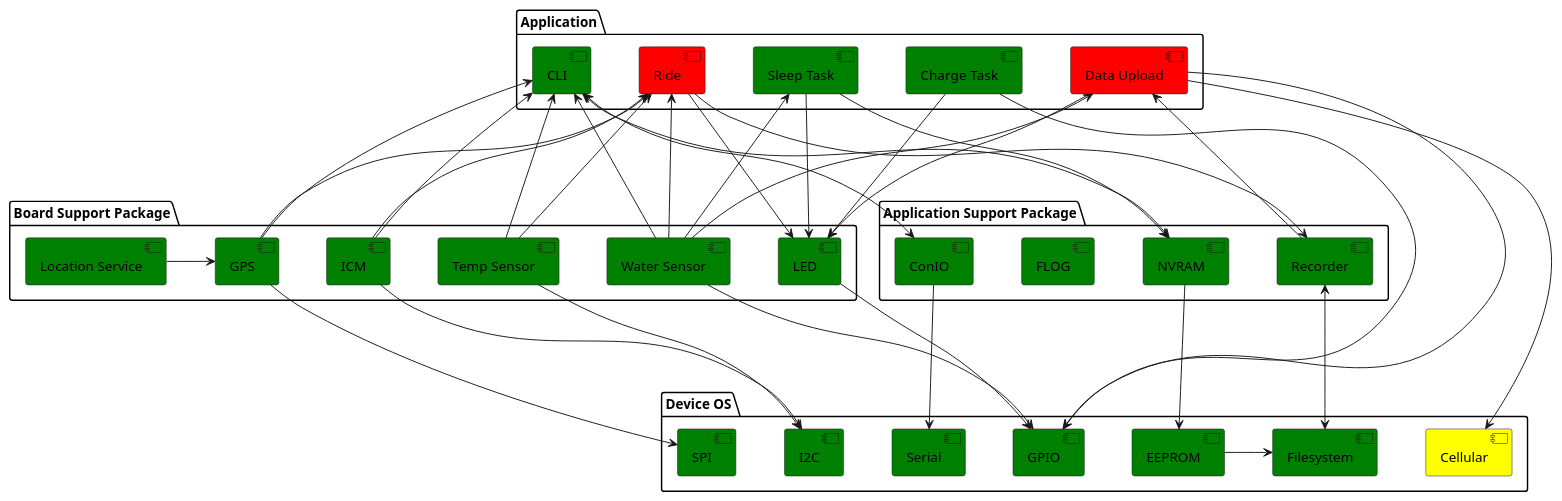
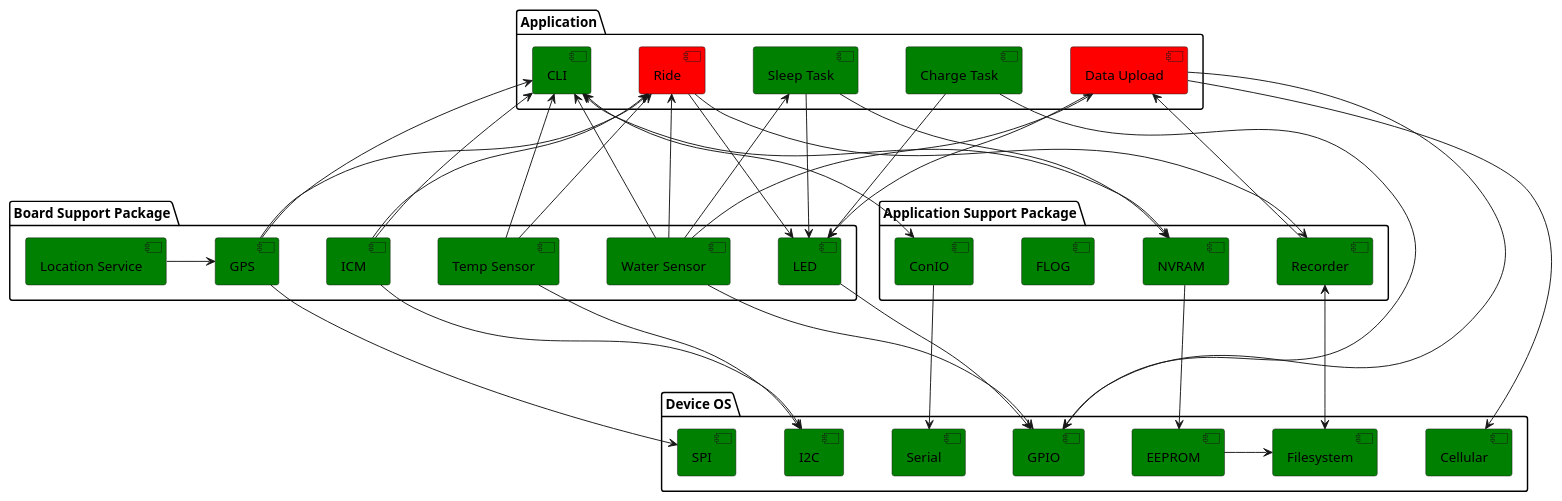
Before and after one commit to UCSD-E4E/smartfin-fw3: the diagram in docs/application.puml, drawn with PlantUML.

Commit message:
docs: Updates Cellular status

```diff
--- a/docs/application.puml
+++ b/docs/application.puml
@@ -4,87 +4,87 @@
 @startuml Service Diagram
 top to bottom direction
 
 skinparam nodesep 50
 skinparam ranksep 150
 
 package "Device OS" {
-    [Cellular] as cellular #Yellow
+    [Cellular] as cellular #Green
     [I2C] as i2c #Green
     [Serial] as serial #Green
     [Filesystem] as fs #Green
     [SPI] as spi #Green
     [GPIO] as gpio #Green
     [EEPROM] as eeprom #Green
 }
 
 
 package "Application" {
     [CLI] as cli #Green
     [Ride] as ride #Red
     [Charge Task] as charge_task #Green
     [Sleep Task] as sleep_task #Green
     [Data Upload] as upload #Red
 }
 
 package "Board Support Package" {
     [Temp Sensor] as temp_sensor #Green
     [Water Sensor] as water_sensor #Green
     [Location Service] as loc_service #Green
     [GPS] as gps #Green
     [LED] as led #Green
     [ICM] as icm #Green
 }
 
 package "Application Support Package" {
     [ConIO] as conio #Green
     [Recorder] as recorder #Green
     [FLOG] as flog #Green
     [NVRAM] as nvram #Green
 }
 
 ride <-- temp_sensor
 ride <-- gps
 ride <-- icm
 ride --> recorder
 ' ride -r-> flog
 ride <-- water_sensor
 loc_service -r-> gps
 charge_task --> led
 ' charge_task -r-> flog
 sleep_task --> led
 sleep_task --> nvram
 ' sleep_task -r-> flog
 
 cli <-- gps
 cli <-- temp_sensor
 cli <--> conio
 ' cli -r-> flog
 cli <-- icm
 cli <--> nvram
 cli <-- water_sensor
 
 gps --> spi
 icm --> i2c
 temp_sensor --> i2c
 conio --> serial
 recorder <--> fs
 
 water_sensor --> gpio
 led --> gpio
 ride --> led
 nvram --> eeprom
 eeprom -> fs
 upload <-- recorder
 upload --> cellular
 upload <-- water_sensor
 upload --> led
 charge_task --> gpio
 upload --> gpio
 sleep_task <-- water_sensor
 ' recorder -u-> flog
 ' conio -u-> flog
 ' gps -u-> flog
 ' icm -u-> flog
 ' water_sensor -u-> flog
 ' temp_sensor -u-> flog
 @enduml
```
